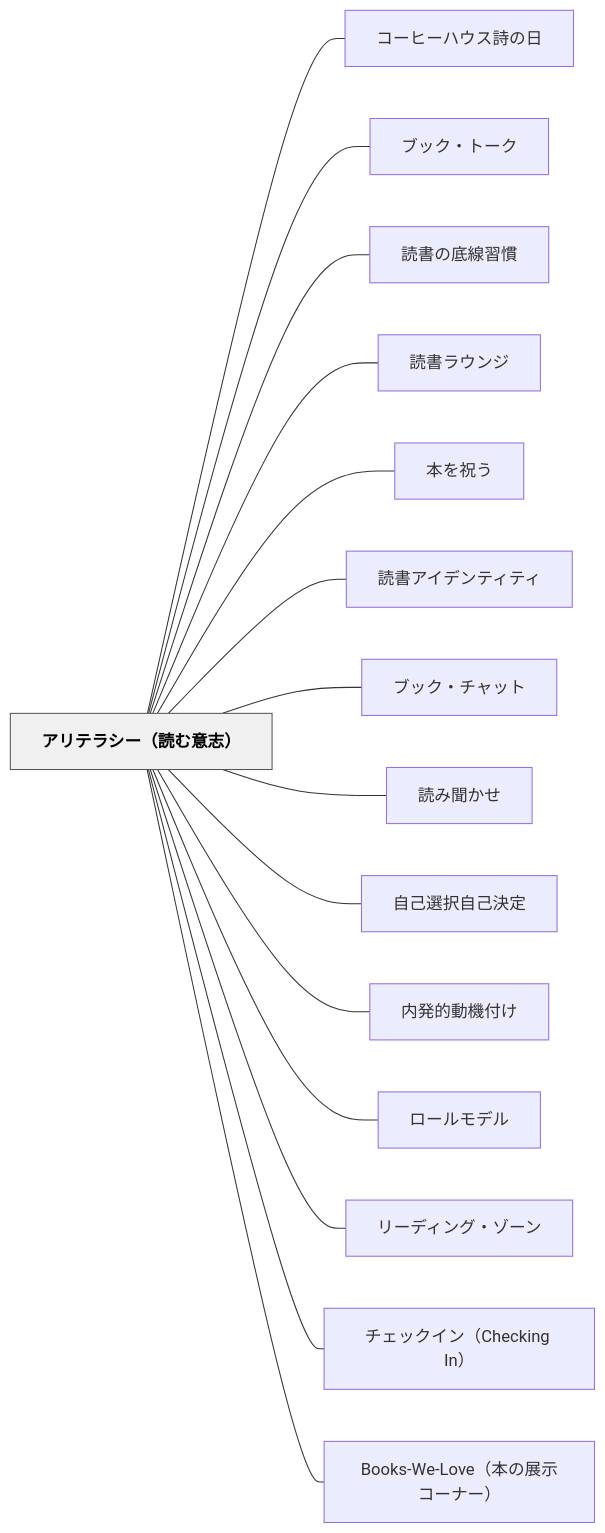
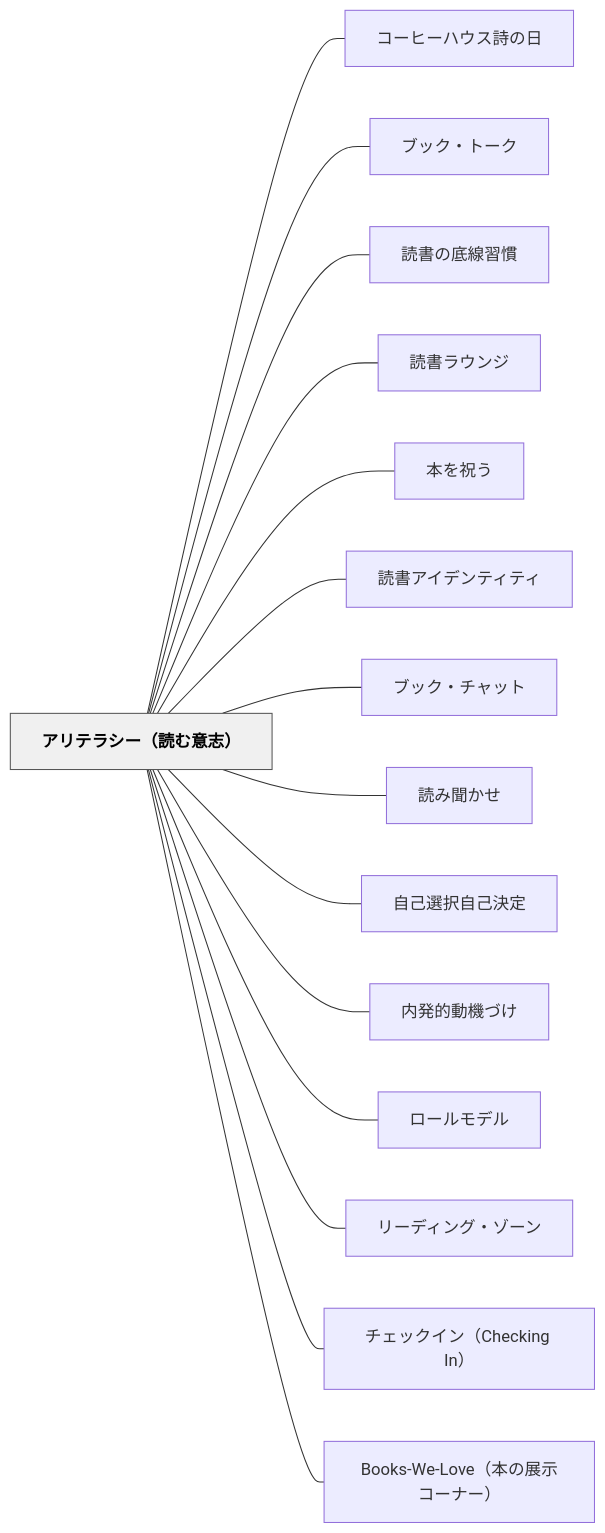
One commit to unknownthings-ed-patterns/unknownthings-ed-patterns changed the diagram in content/パタン/アリテラシー（読む意志）.md. Above: the diagram before and after it, drawn with Mermaid. The commit also changed other lines of this file and 234 other files, not shown here.

````diff
--- a/content/パタン/アリテラシー（読む意志）.md
+++ b/content/パタン/アリテラシー（読む意志）.md
@@ -222,36 +222,36 @@
 ```mermaid
 flowchart LR
     ne382a2e383aae38386e383a9e382b7e383bcefbc88e8aaade38280e6848fe5bf97efbc89["アリテラシー（読む意志）"]
     ne382b3e383bce38392e383bce3838fe382a6e382b9e8a9a9e381aee697a5["コーヒーハウス詩の日"]
     ne38396e38383e382afe383bbe38388e383bce382af["ブック・トーク"]
     ne8aaade69bb8e381aee5ba95e7b79ae7bf92e685a3["読書の底線習慣"]
     ne8aaade69bb8e383a9e382a6e383b3e382b8["読書ラウンジ"]
     ne69cace38292e7a59de38186["本を祝う"]
     ne8aaade69bb8e382a2e382a4e38387e383b3e38386e382a3e38386e382a3["読書アイデンティティ"]
     ne38396e38383e382afe383bbe38381e383a3e38383e38388["ブック・チャット"]
     ne8aaade381bfe8819ee3818be3819b["読み聞かせ"]
     ne887aae5b7b1e981b8e68a9ee887aae5b7b1e6b1bae5ae9a["自己選択自己決定"]
-    ne58685e799bae79a84e58b95e6a99fe4bb98e38191["内発的動機付け"]
+    ne58685e799bae79a84e58b95e6a99fe381a5e38191["内発的動機づけ"]
     ne383ade383bce383abe383a2e38387e383ab["ロールモデル"]
     ne383aae383bce38387e382a3e383b3e382b0e383bbe382bee383bce383b3["リーディング・ゾーン"]
     ne38381e382a7e38383e382afe382a4e383b3efbc88436865636b696e6720496eefbc89["チェックイン（Checking In）"]
     n426f6f6b732d57652d4c6f7665efbc88e69cace381aee5b195e7a4bae382b3e383bce3838ae383bcefbc89["Books-We-Love（本の展示コーナー）"]
 
     ne382a2e383aae38386e383a9e382b7e383bcefbc88e8aaade38280e6848fe5bf97efbc89 --- ne382b3e383bce38392e383bce3838fe382a6e382b9e8a9a9e381aee697a5
     ne382a2e383aae38386e383a9e382b7e383bcefbc88e8aaade38280e6848fe5bf97efbc89 --- ne38396e38383e382afe383bbe38388e383bce382af
     ne382a2e383aae38386e383a9e382b7e383bcefbc88e8aaade38280e6848fe5bf97efbc89 --- ne8aaade69bb8e381aee5ba95e7b79ae7bf92e685a3
     ne382a2e383aae38386e383a9e382b7e383bcefbc88e8aaade38280e6848fe5bf97efbc89 --- ne8aaade69bb8e383a9e382a6e383b3e382b8
     ne382a2e383aae38386e383a9e382b7e383bcefbc88e8aaade38280e6848fe5bf97efbc89 --- ne69cace38292e7a59de38186
     ne382a2e383aae38386e383a9e382b7e383bcefbc88e8aaade38280e6848fe5bf97efbc89 --- ne8aaade69bb8e382a2e382a4e38387e383b3e38386e382a3e38386e382a3
     ne382a2e383aae38386e383a9e382b7e383bcefbc88e8aaade38280e6848fe5bf97efbc89 --- ne38396e38383e382afe383bbe38381e383a3e38383e38388
     ne382a2e383aae38386e383a9e382b7e383bcefbc88e8aaade38280e6848fe5bf97efbc89 --- ne8aaade381bfe8819ee3818be3819b
     ne382a2e383aae38386e383a9e382b7e383bcefbc88e8aaade38280e6848fe5bf97efbc89 --- ne887aae5b7b1e981b8e68a9ee887aae5b7b1e6b1bae5ae9a
-    ne382a2e383aae38386e383a9e382b7e383bcefbc88e8aaade38280e6848fe5bf97efbc89 --- ne58685e799bae79a84e58b95e6a99fe4bb98e38191
+    ne382a2e383aae38386e383a9e382b7e383bcefbc88e8aaade38280e6848fe5bf97efbc89 --- ne58685e799bae79a84e58b95e6a99fe381a5e38191
     ne382a2e383aae38386e383a9e382b7e383bcefbc88e8aaade38280e6848fe5bf97efbc89 --- ne383ade383bce383abe383a2e38387e383ab
     ne382a2e383aae38386e383a9e382b7e383bcefbc88e8aaade38280e6848fe5bf97efbc89 --- ne383aae383bce38387e382a3e383b3e382b0e383bbe382bee383bce383b3
     ne382a2e383aae38386e383a9e382b7e383bcefbc88e8aaade38280e6848fe5bf97efbc89 --- ne38381e382a7e38383e382afe382a4e383b3efbc88436865636b696e6720496eefbc89
     ne382a2e383aae38386e383a9e382b7e383bcefbc88e8aaade38280e6848fe5bf97efbc89 --- n426f6f6b732d57652d4c6f7665efbc88e69cace381aee5b195e7a4bae382b3e383bce3838ae383bcefbc89
 
     classDef hub fill:#f0f0f0,stroke:#555,color:#000,font-weight:bold
     class ne382a2e383aae38386e383a9e382b7e383bcefbc88e8aaade38280e6848fe5bf97efbc89 hub
 ```
````
